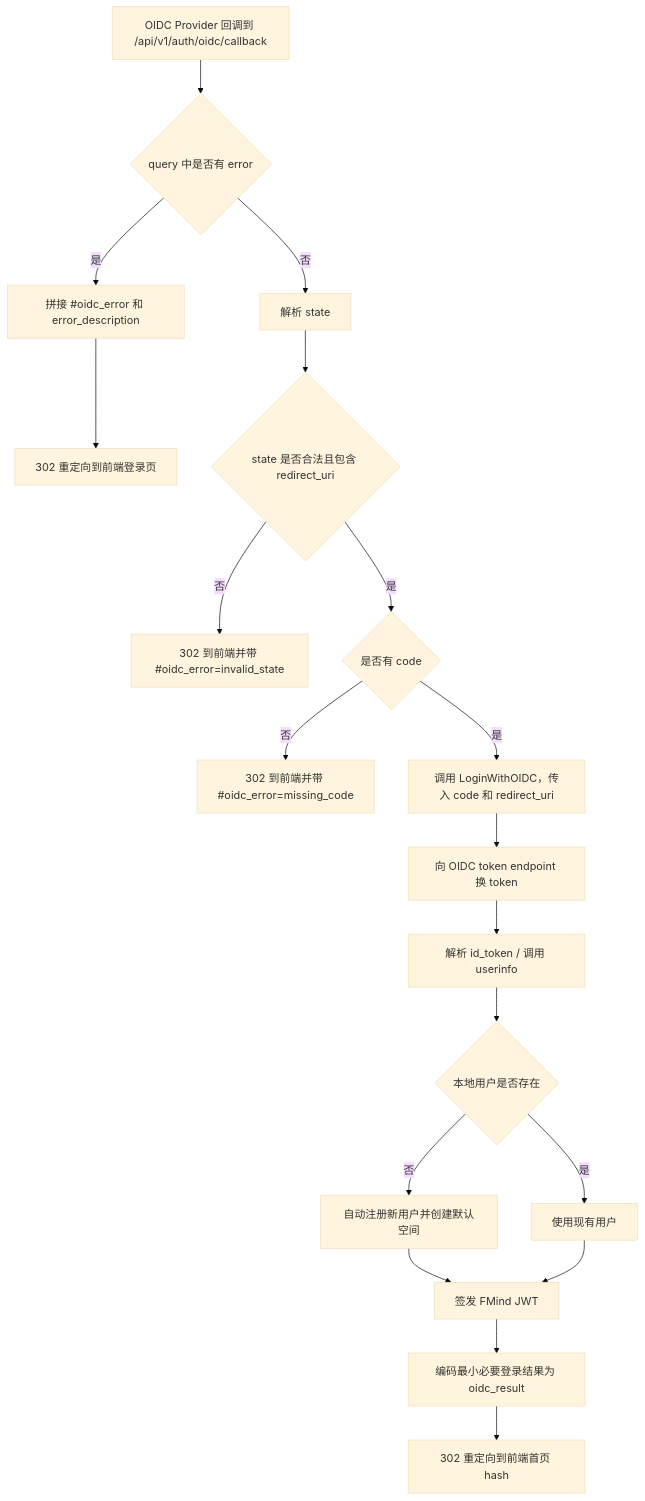
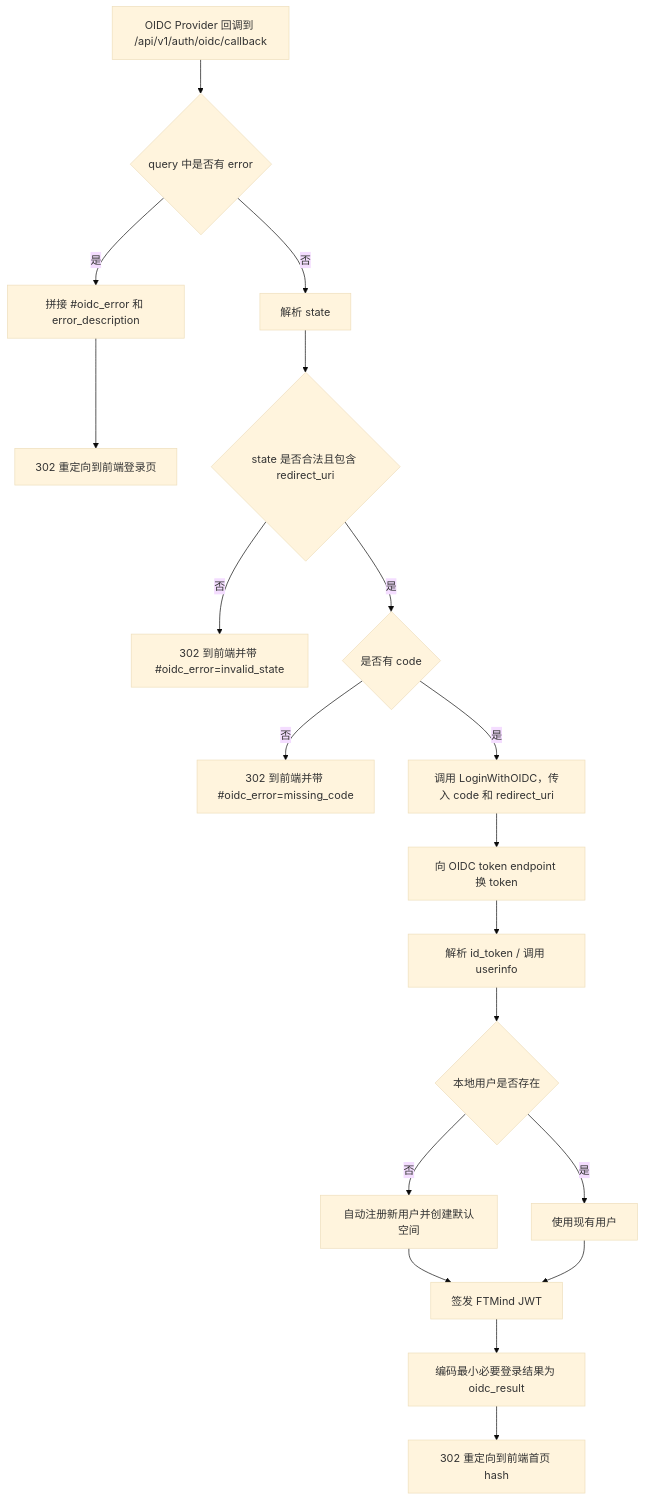
One commit to justaboyhai-wq/FTMind changed the second of 2 diagrams in docs/OIDC认证调用流程.md. Above: the diagram before and after it, drawn with Mermaid (base theme). The commit also changed other lines of this file and 355 other files, not shown here.

First line of the commit message:
feat: global rebrand from FMind to FTMind with backward compatibility

````diff
--- a/docs/OIDC认证调用流程.md
+++ b/docs/OIDC认证调用流程.md
@@ -104,24 +104,24 @@
 ```mermaid
 flowchart TD
     A[OIDC Provider 回调到 /api/v1/auth/oidc/callback] --> B{query 中是否有 error}
     B -- 是 --> C[拼接 #oidc_error 和 error_description]
     C --> D[302 重定向到前端登录页]
 
     B -- 否 --> E[解析 state]
     E --> F{state 是否合法且包含 redirect_uri}
     F -- 否 --> G[302 到前端并带 #oidc_error=invalid_state]
 
     F -- 是 --> H{是否有 code}
     H -- 否 --> I[302 到前端并带 #oidc_error=missing_code]
 
     H -- 是 --> J[调用 LoginWithOIDC，传入 code 和 redirect_uri]
     J --> K[向 OIDC token endpoint 换 token]
     K --> L[解析 id_token / 调用 userinfo]
     L --> M{本地用户是否存在}
     M -- 否 --> N[自动注册新用户并创建默认空间]
     M -- 是 --> O[使用现有用户]
-    N --> P[签发 FMind JWT]
+    N --> P[签发 FTMind JWT]
     O --> P
     P --> Q[编码最小必要登录结果为 oidc_result]
     Q --> R[302 重定向到前端首页 hash]
 ```
````
